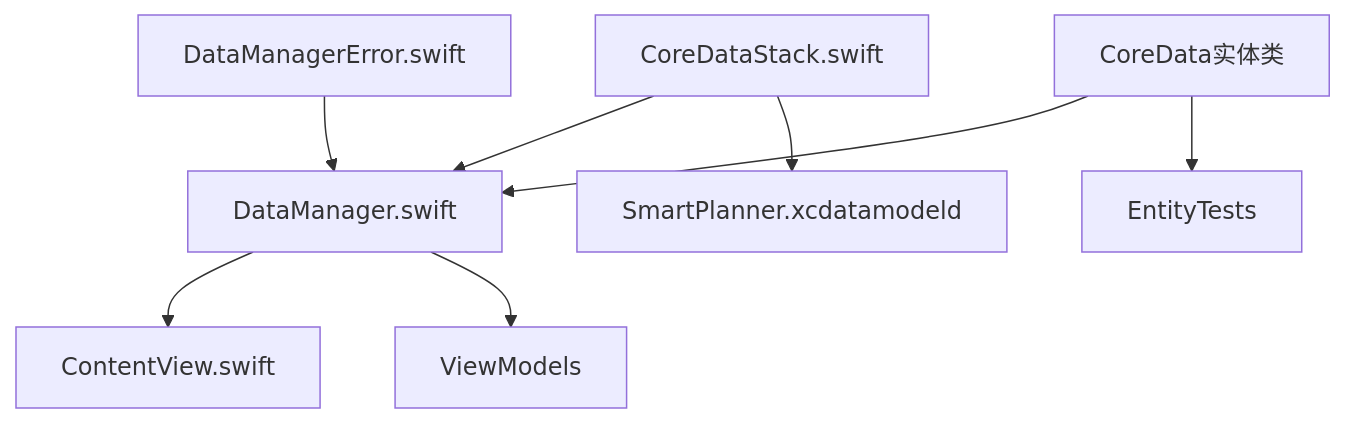
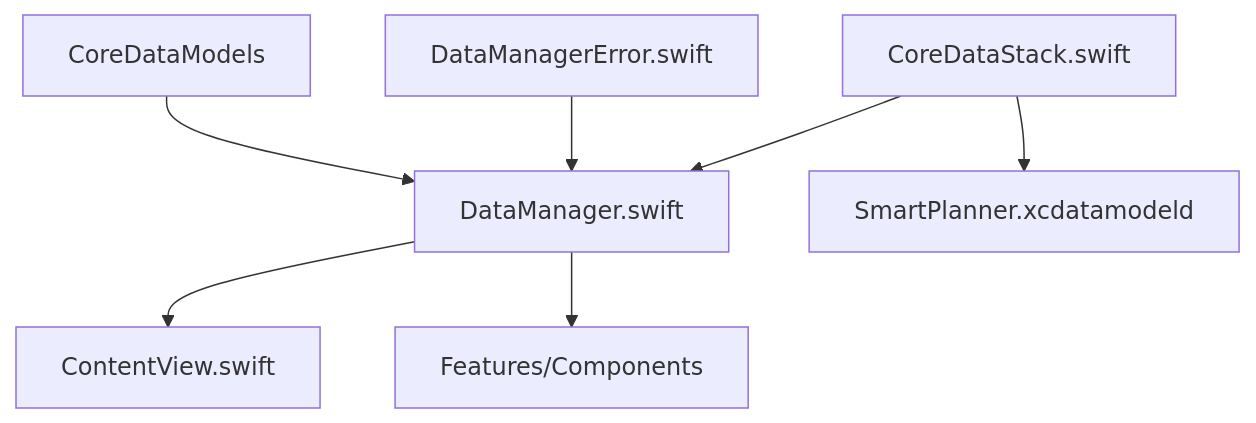
The third of 5 diagrams in ProjectStructure.md (HS-Jack-YZY/SmartPlanner), drawn with Mermaid before and after one commit. The commit also changed other lines of this file, not shown here.

````diff
--- a/ProjectStructure.md
+++ b/ProjectStructure.md
@@ -337,10 +301,9 @@
 ```mermaid
 graph TD
     A[CoreDataStack.swift] --> B[DataManager.swift]
     C[DataManagerError.swift] --> B
     B --> D[ContentView.swift]
-    B --> E[ViewModels]
+    B --> E[Features/Components]
     A --> F[SmartPlanner.xcdatamodeld]
-    G[CoreData实体类] --> B
-    G --> H[EntityTests]
+    G[CoreDataModels] --> B
 ```
````
